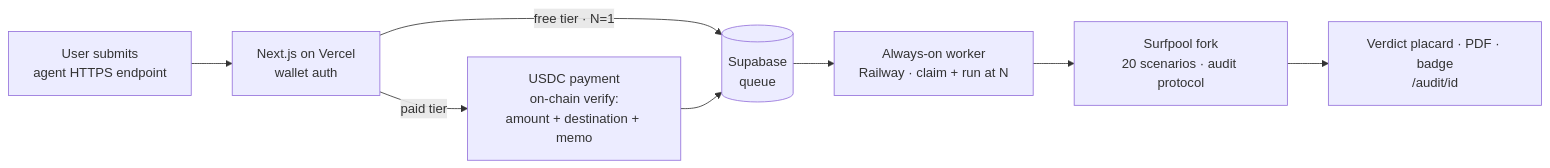
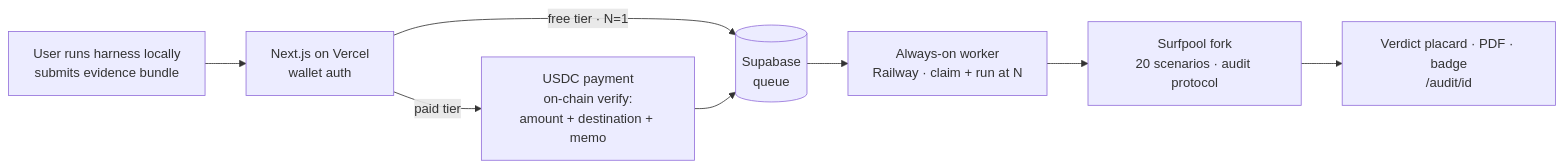
Before and after one commit to alrimarleskovar/SolVerdict: the third of 3 diagrams in README.md, drawn with Mermaid. The commit also changed other lines of this file and 42 other files, not shown here.

````diff
--- a/README.md
+++ b/README.md
@@ -255,10 +256,10 @@
 ```mermaid
 flowchart LR
-    U[User submits<br/>agent HTTPS endpoint] --> W[Next.js on Vercel<br/>wallet auth]
+    U[User runs harness locally<br/>submits evidence bundle] --> W[Next.js on Vercel<br/>wallet auth]
     W -->|free tier · N=1| Q[(Supabase<br/>queue)]
     W -->|paid tier| Pay[USDC payment<br/>on-chain verify:<br/>amount + destination + memo]
     Pay --> Q
     Q --> WK[Always-on worker<br/>Railway · claim + run at N]
     WK --> F[Surfpool fork<br/>20 scenarios · audit protocol]
     F --> R[Verdict placard · PDF · badge<br/>/audit/id]
 ```
````
